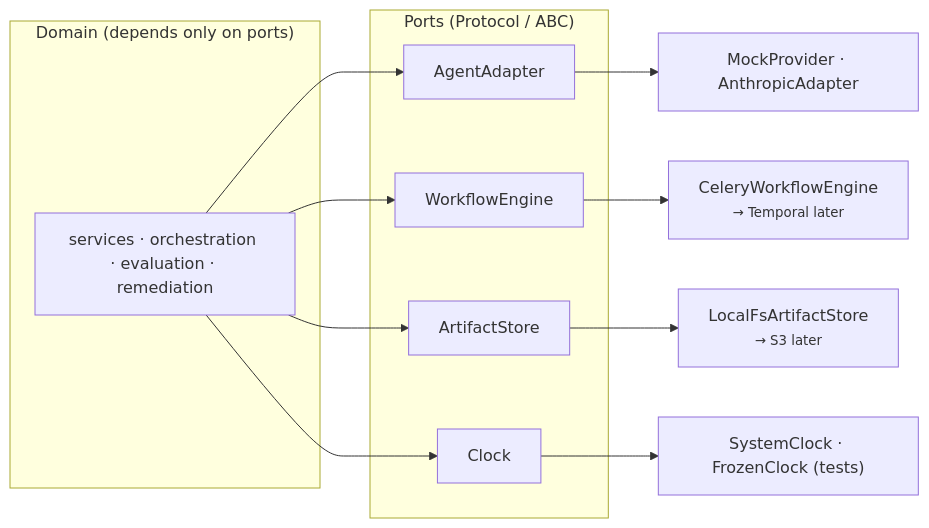
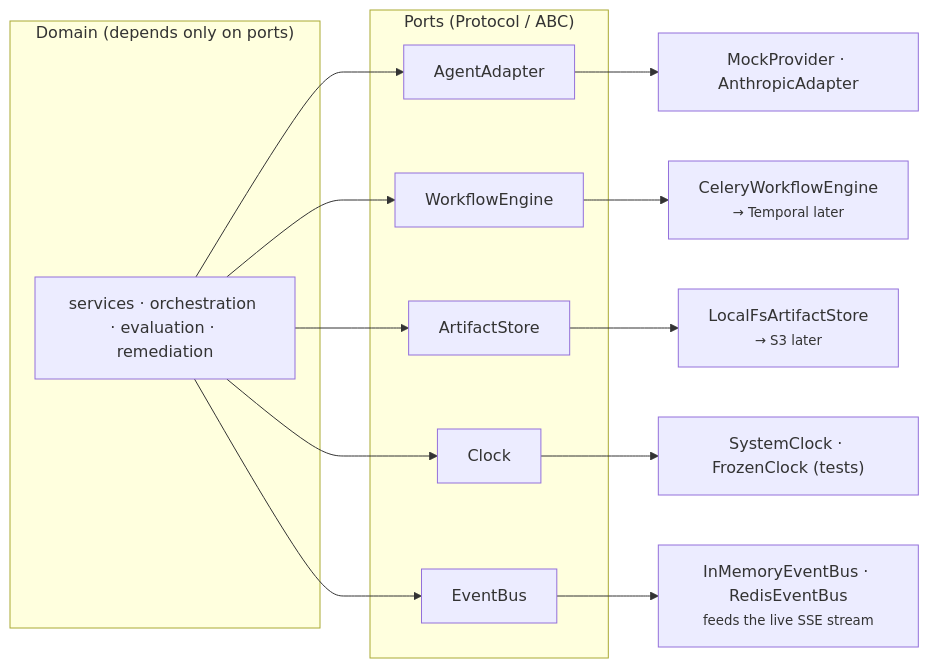
Before and after one commit to AgentiCubed/A3: the third of 5 diagrams in docs/system-overview.md, drawn with Mermaid. The commit also changed other lines of this file and 1 other file, not shown here.

Commit message:
docs: architecture + system-overview reflect EventBus, /metrics, SSE
- ports table gains the EventBus seam (in-memory + Redis adapters)
- observability section: Prometheus /metrics is implemented (no longer
  deferred) and the advisory live event stream is documented
- system-overview ports diagram updated to five seams

Claude-Session: https://claude.ai/code/session_01Bnovg1pg4yCe7oHEk9LBSt

````diff
--- a/docs/system-overview.md
+++ b/docs/system-overview.md
@@ -99,20 +99,22 @@
 ```mermaid
 flowchart LR
     subgraph Domain["Domain (depends only on ports)"]
         d["services · orchestration · evaluation · remediation"]
     end
 
     subgraph Ports["Ports (Protocol / ABC)"]
         p1["AgentAdapter"]
         p2["WorkflowEngine"]
         p3["ArtifactStore"]
         p4["Clock"]
+        p5["EventBus"]
     end
 
-    d --> p1 & p2 & p3 & p4
+    d --> p1 & p2 & p3 & p4 & p5
 
     p1 --> a1["MockProvider · AnthropicAdapter"]
     p2 --> a2["CeleryWorkflowEngine<br/><small>→ Temporal later</small>"]
     p3 --> a3["LocalFsArtifactStore<br/><small>→ S3 later</small>"]
     p4 --> a4["SystemClock · FrozenClock (tests)"]
+    p5 --> a5["InMemoryEventBus · RedisEventBus<br/><small>feeds the live SSE stream</small>"]
 ```
````
